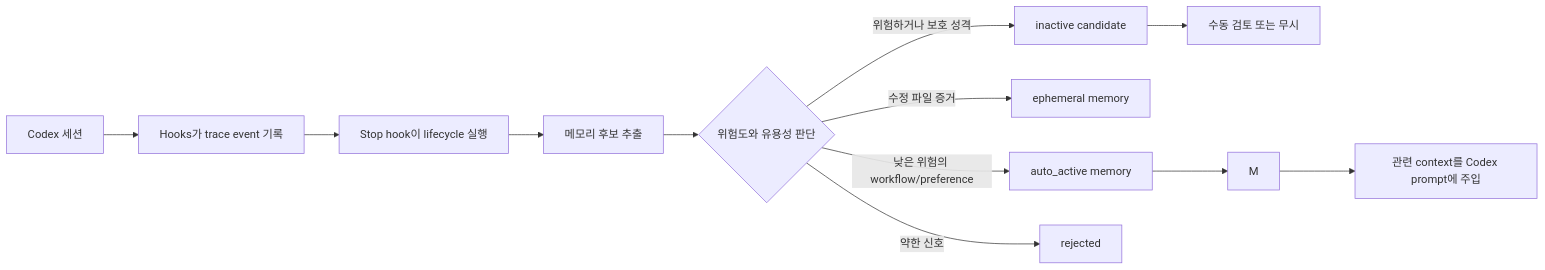
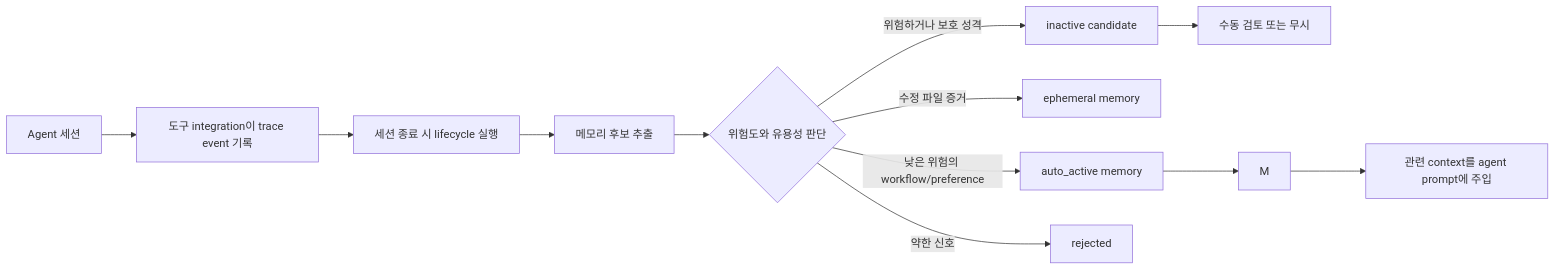
One commit to lteawoo/MemAssist changed the first of 5 diagrams in README.ko.md. Above: the diagram before and after it, drawn with Mermaid. The commit also changed other lines of this file and 1 other file, not shown here.

````diff
--- a/README.ko.md
+++ b/README.ko.md
@@ -28,14 +29,14 @@
 ```mermaid
 flowchart LR
-    A[Codex 세션] --> B[Hooks가 trace event 기록]
-    B --> C[Stop hook이 lifecycle 실행]
+    A[Agent 세션] --> B[도구 integration이 trace event 기록]
+    B --> C[세션 종료 시 lifecycle 실행]
     C --> D[메모리 후보 추출]
     D --> E{위험도와 유용성 판단}
     E -->|낮은 위험의 workflow/preference| F[auto_active memory]
     E -->|수정 파일 증거| G[ephemeral memory]
     E -->|위험하거나 보호 성격| H[inactive candidate]
     E -->|약한 신호| I[rejected]
     H --> J[수동 검토 또는 무시]
     F --> M
-    M --> N[관련 context를 Codex prompt에 주입]
+    M --> N[관련 context를 agent prompt에 주입]
 ```
````
